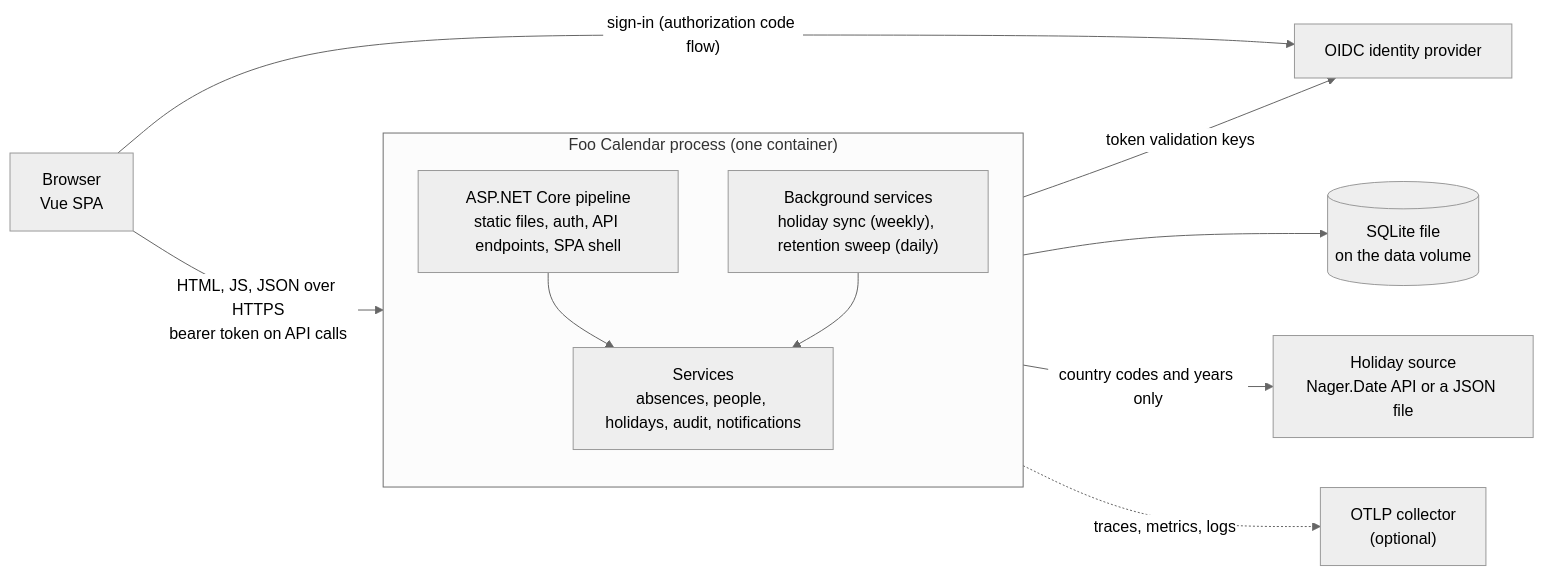
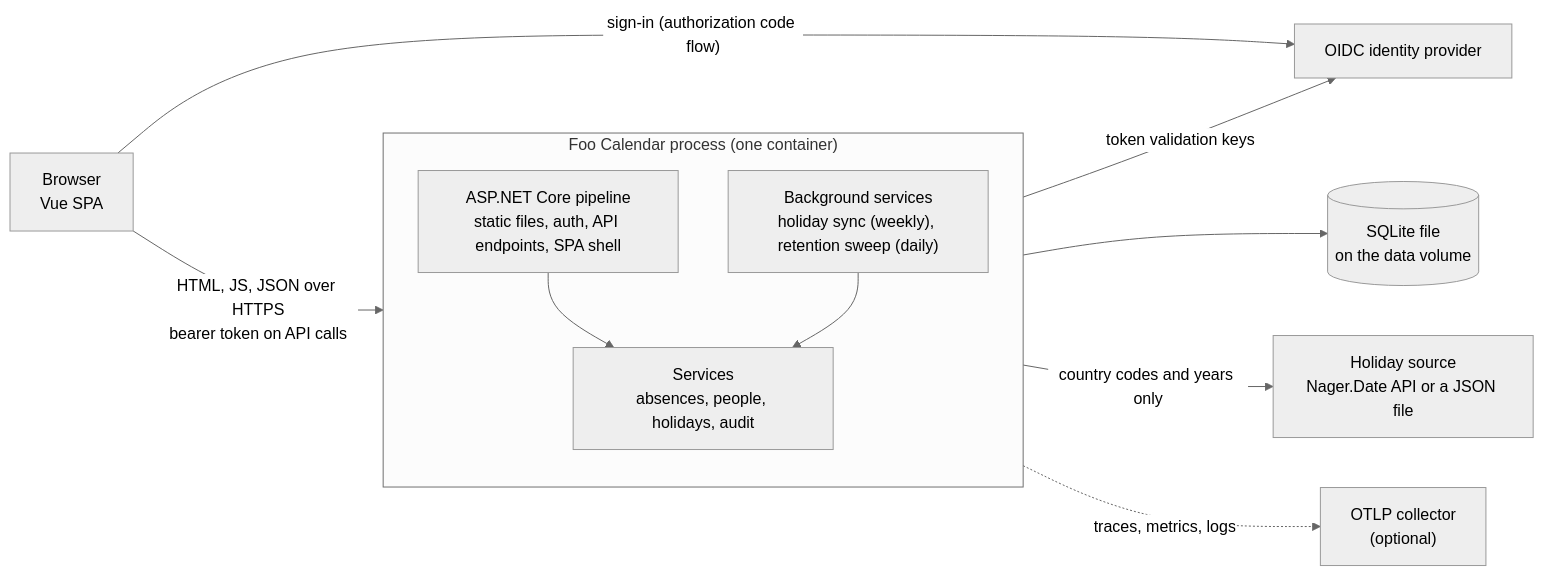
Before and after one commit to yergios/foo-calendar: the first of 2 diagrams in docs/architecture.md, drawn with Mermaid (neutral theme). The commit also changed other lines of this file and 13 other files, not shown here.

````diff
--- a/docs/architecture.md
+++ b/docs/architecture.md
@@ -13,25 +13,25 @@
 ```mermaid
 flowchart LR
     browser["Browser<br/>Vue SPA"]
 
     subgraph app["Foo Calendar process (one container)"]
         direction TB
         pipeline["ASP.NET Core pipeline<br/>static files, auth, API endpoints, SPA shell"]
-        services["Services<br/>absences, people, holidays, audit, notifications"]
+        services["Services<br/>absences, people, holidays, audit"]
         jobs["Background services<br/>holiday sync (weekly), retention sweep (daily)"]
         pipeline --> services
         jobs --> services
     end
 
     db[("SQLite file<br/>on the data volume")]
     idp["OIDC identity provider"]
     holidays["Holiday source<br/>Nager.Date API or a JSON file"]
     otel["OTLP collector<br/>(optional)"]
 
     browser -- "HTML, JS, JSON over HTTPS<br/>bearer token on API calls" --> pipeline
     browser -- "sign-in (authorization code flow)" --> idp
     pipeline -- "token validation keys" --> idp
     services --> db
     services -- "country codes and years only" --> holidays
     app -. "traces, metrics, logs" .-> otel
 ```
````
